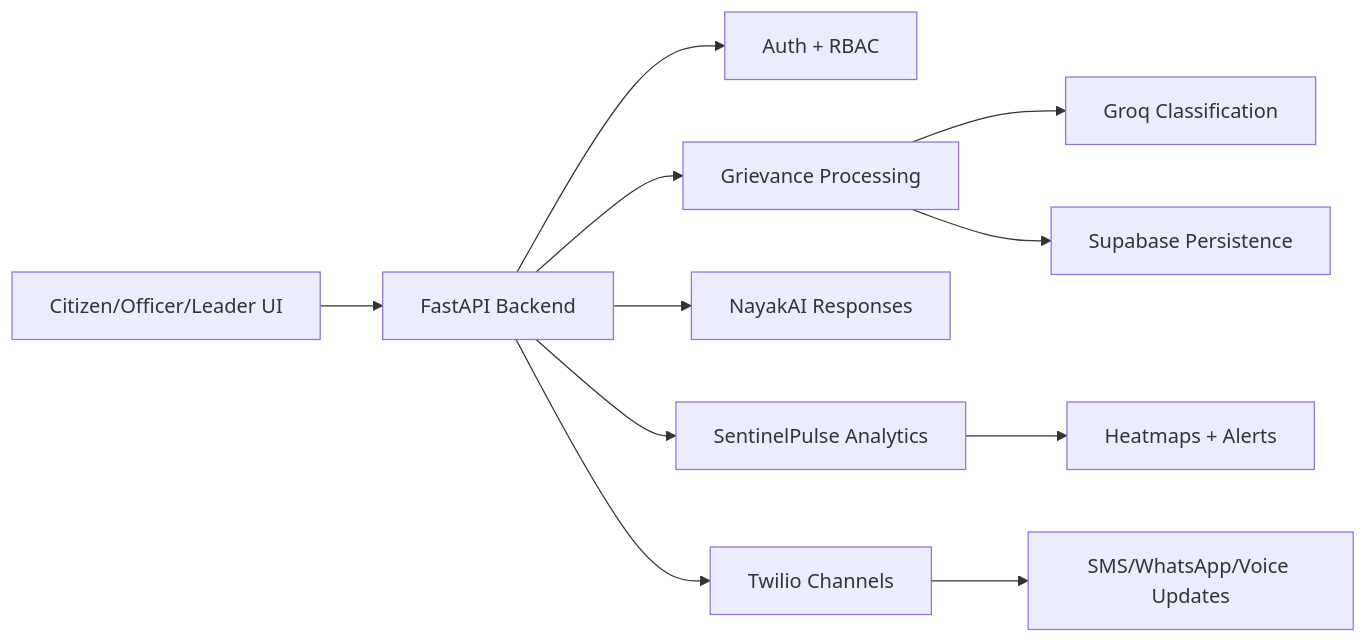
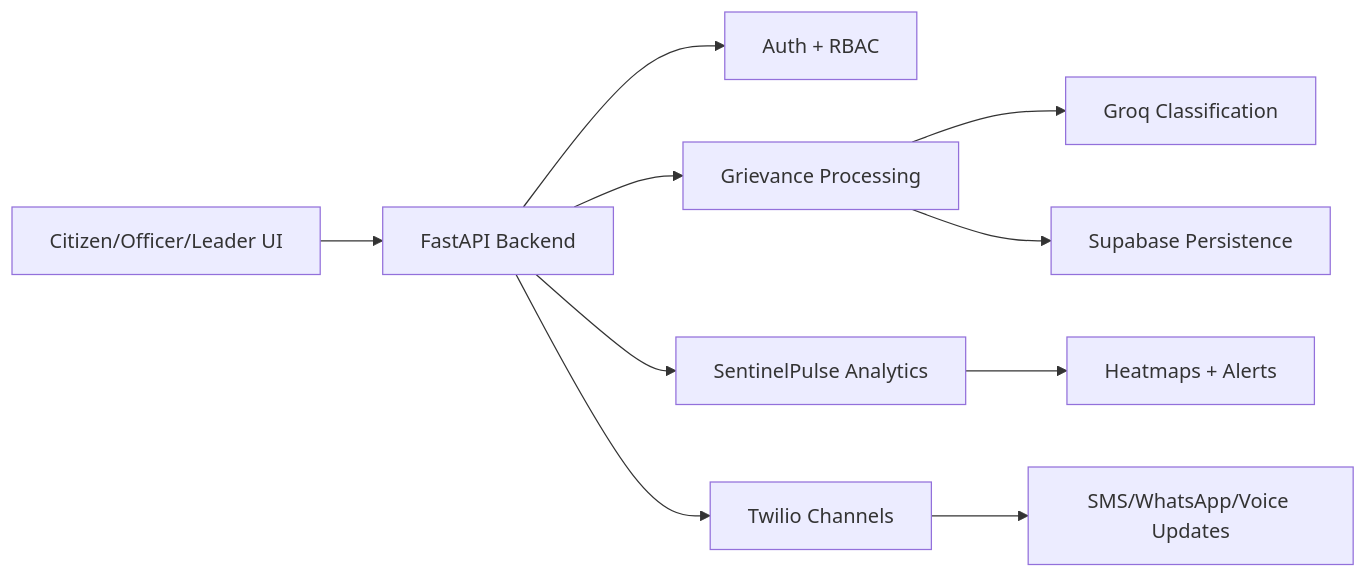
One commit to luckycelestial/india-innovates-2026 changed the diagram in .slidev/slidev-2026-03-10-15-19-17-47def763/slides.md. Above: the diagram before and after it, drawn with Mermaid. The commit also changed other lines of this file and 5 other files, not shown here.

````diff
--- a/.slidev/slidev-2026-03-10-15-19-17-47def763/slides.md
+++ b/.slidev/slidev-2026-03-10-15-19-17-47def763/slides.md
@@ -201,13 +197,12 @@
 ```mermaid
 flowchart LR
 A[Citizen/Officer/Leader UI] --> B[FastAPI Backend]
 B --> C[Auth + RBAC]
 B --> D[Grievance Processing]
 D --> E[Groq Classification]
 D --> F[Supabase Persistence]
-B --> G[NayakAI Responses]
 B --> H[SentinelPulse Analytics]
 H --> I[Heatmaps + Alerts]
 B --> J[Twilio Channels]
 J --> K[SMS/WhatsApp/Voice Updates]
 ```
````
